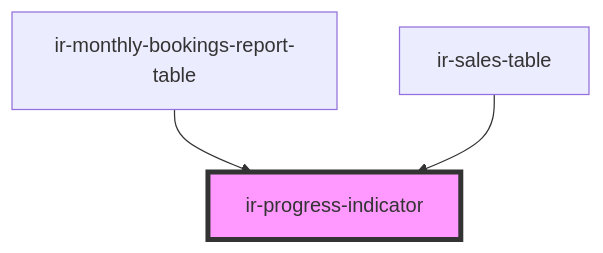
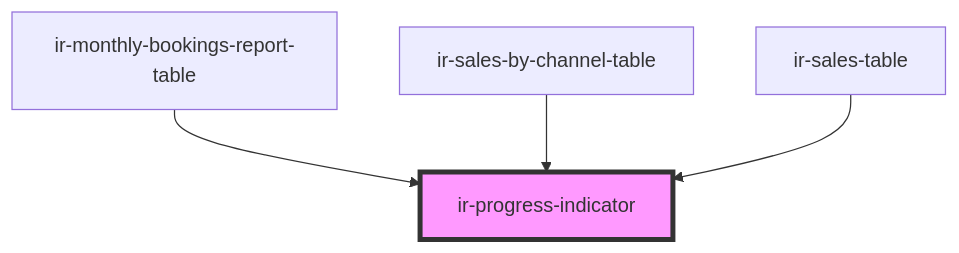
Before and after one commit to David1Chowaifaty/modified-ir-webcmp: the diagram in src/components/ui/ir-progress-indicator/readme.md, drawn with Mermaid. The commit also changed other lines of this file and 50 other files, not shown here.

````diff
--- a/src/components/ui/ir-progress-indicator/readme.md
+++ b/src/components/ui/ir-progress-indicator/readme.md
@@ -24,6 +25,7 @@
 ```mermaid
 graph TD;
   ir-monthly-bookings-report-table --> ir-progress-indicator
+  ir-sales-by-channel-table --> ir-progress-indicator
   ir-sales-table --> ir-progress-indicator
   style ir-progress-indicator fill:#f9f,stroke:#333,stroke-width:4px
 ```
````
